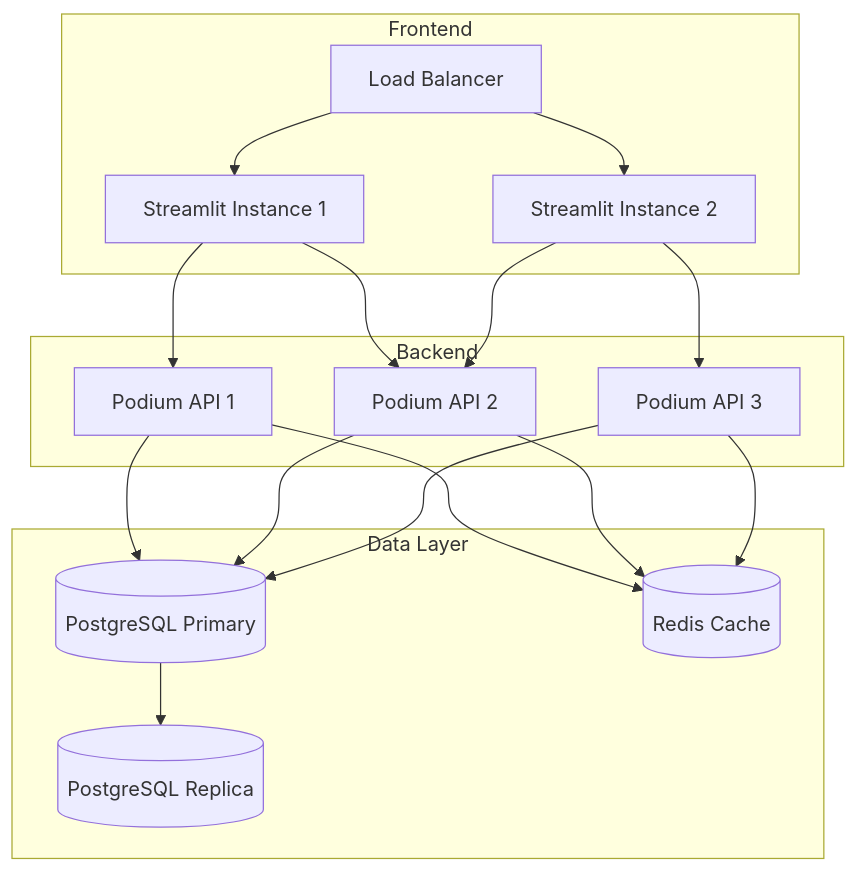
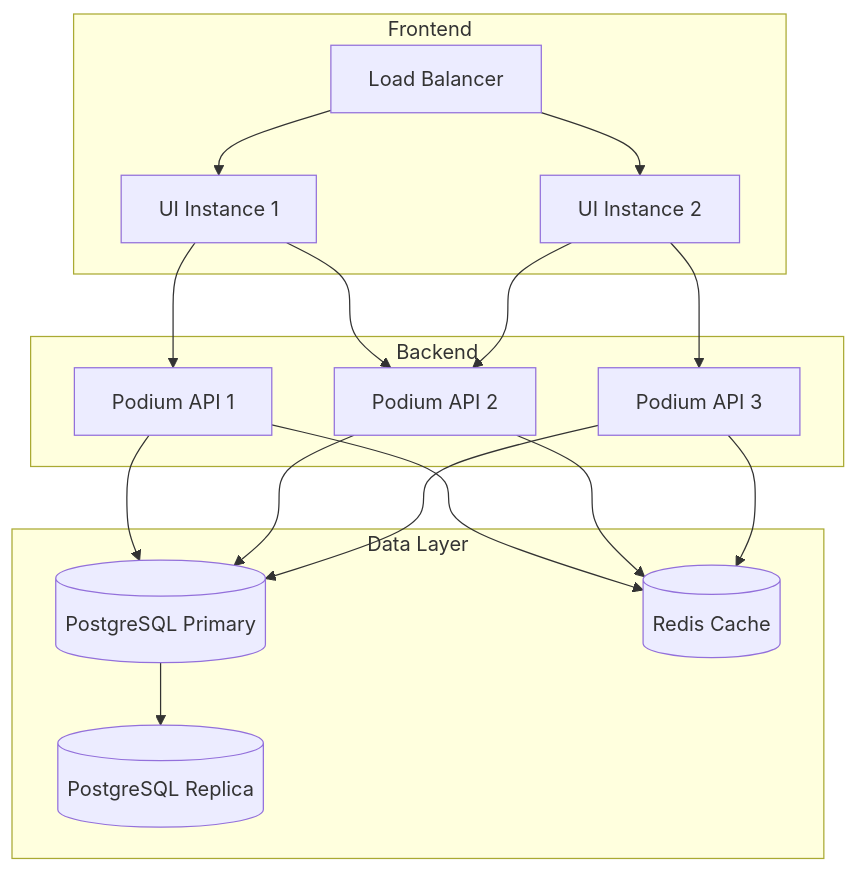
One commit to TheDataMaestros/datametronome changed the seventh of 9 diagrams in docs/architecture.md. Above: the diagram before and after it, drawn with Mermaid. The commit also changed other lines of this file and 57 other files, not shown here.

````diff
--- a/docs/architecture.md
+++ b/docs/architecture.md
@@ -448,34 +448,34 @@
 ```mermaid
 graph TB
     subgraph "Frontend"
         LB[Load Balancer]
-        UI1[Streamlit Instance 1]
-        UI2[Streamlit Instance 2]
+        UI1[UI Instance 1]
+        UI2[UI Instance 2]
     end
     
     subgraph "Backend"
         API1[Podium API 1]
         API2[Podium API 2]
         API3[Podium API 3]
     end
     
     subgraph "Data Layer"
         DB[(PostgreSQL Primary)]
         DB_REPLICA[(PostgreSQL Replica)]
         REDIS[(Redis Cache)]
     end
     
     LB --> UI1
     LB --> UI2
     UI1 --> API1
     UI1 --> API2
     UI2 --> API2
     UI2 --> API3
     API1 --> DB
     API2 --> DB
     API3 --> DB
     DB --> DB_REPLICA
     API1 --> REDIS
     API2 --> REDIS
     API3 --> REDIS
 ```
````
